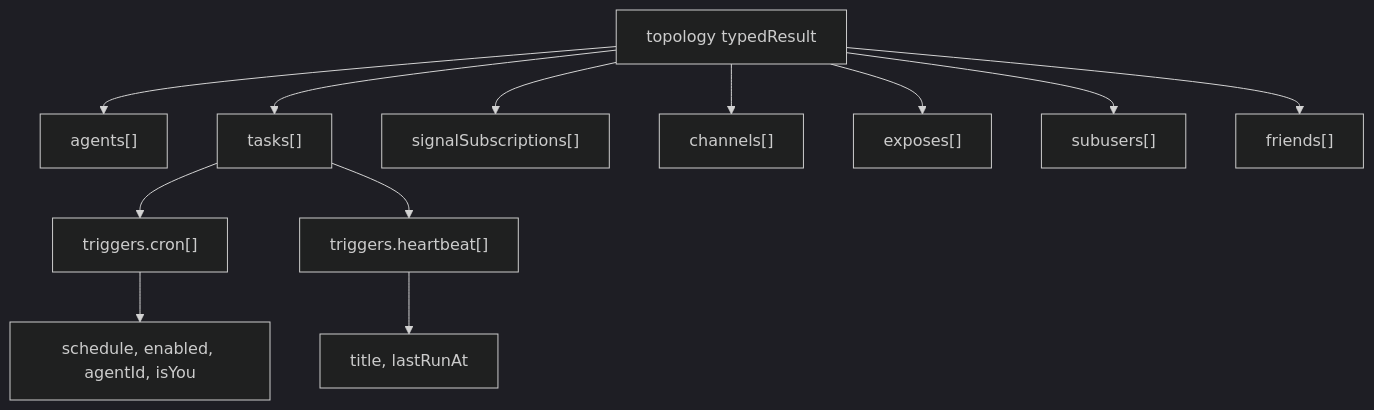
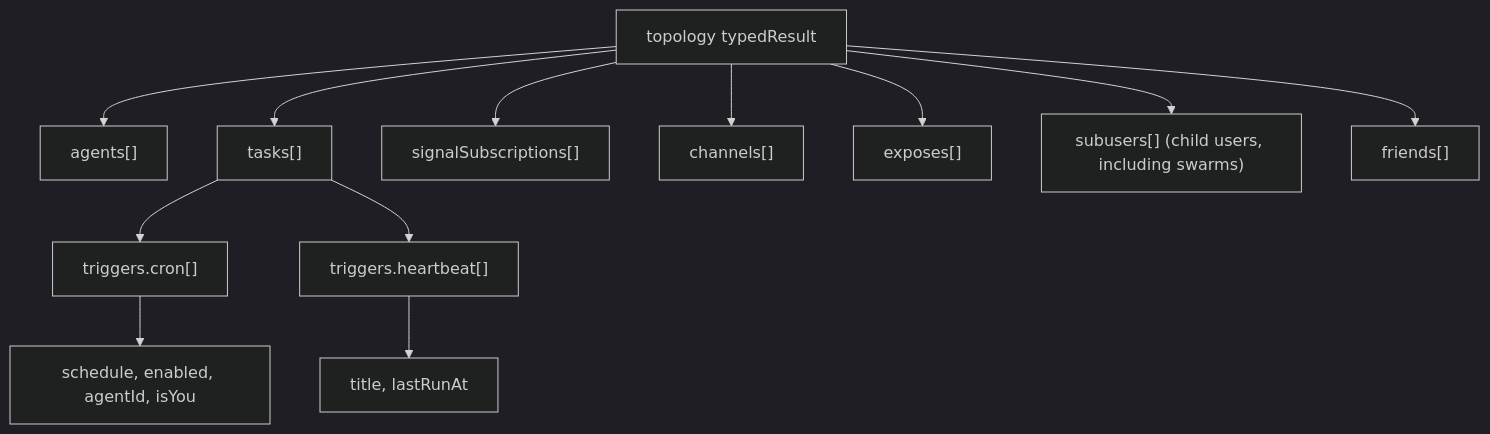
One commit to ex3ndr/daycare changed the diagram in doc/topology-structured-return.md. Above: the diagram before and after it, drawn with Mermaid (dark theme). The commit also changed 134 other files, not shown here.

````diff
--- a/doc/topology-structured-return.md
+++ b/doc/topology-structured-return.md
@@ -15,16 +15,16 @@
 ```mermaid
 flowchart TD
     Topology["topology typedResult"] --> Agents["agents[]"]
     Topology --> Tasks["tasks[]"]
     Topology --> Signals["signalSubscriptions[]"]
     Topology --> Channels["channels[]"]
     Topology --> Exposes["exposes[]"]
-    Topology --> Subusers["subusers[]"]
+    Topology --> Subusers["subusers[] (child users, including swarms)"]
     Topology --> Friends["friends[]"]
 
     Tasks --> Cron["triggers.cron[]"]
     Tasks --> Heartbeat["triggers.heartbeat[]"]
 
     Cron --> CronMeta["schedule, enabled, agentId, isYou"]
     Heartbeat --> HbMeta["title, lastRunAt"]
 ```
````
